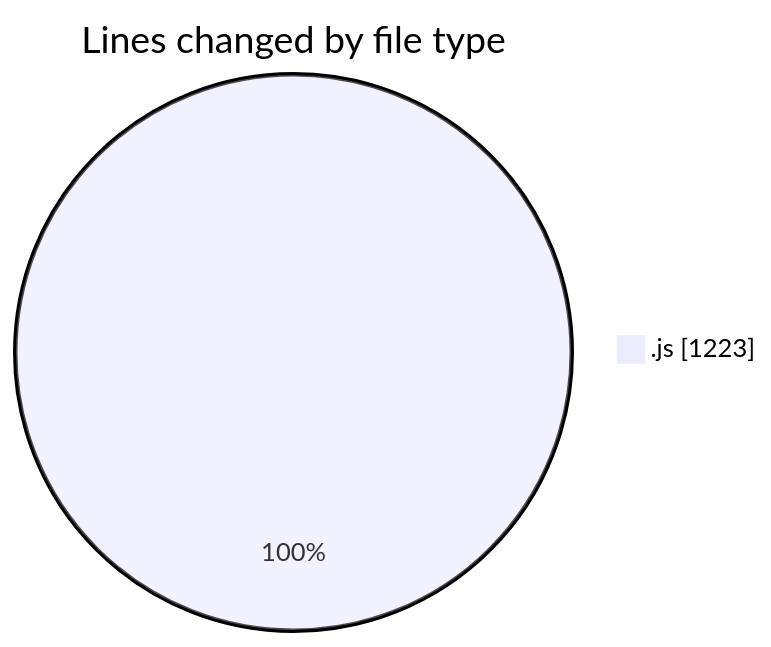
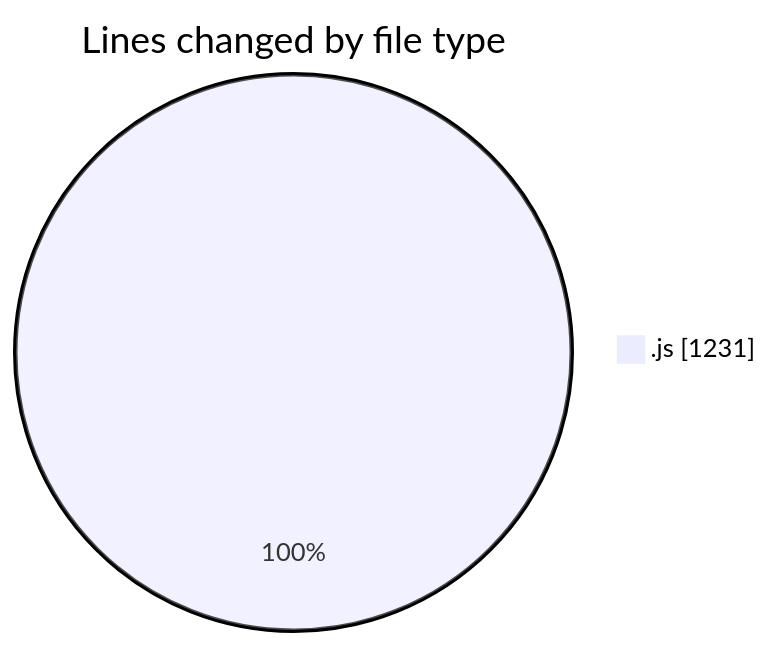
Before and after one commit to nxtqubesakshisongat/code-tracking: the first of 2 diagrams in 2025-09-08/cashcalculator/README.md, drawn with Mermaid. The commit also changed other lines of this file and 1 other file, not shown here.

````diff
--- a/2025-09-08/cashcalculator/README.md
+++ b/2025-09-08/cashcalculator/README.md
@@ -20,5 +20,5 @@
 ```mermaid
 pie showData
 title Lines changed by file type
-".js" : 1223
+".js" : 1231
 ```
````
